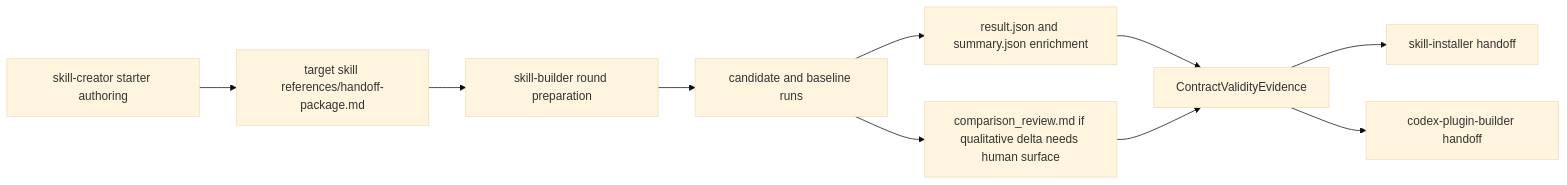
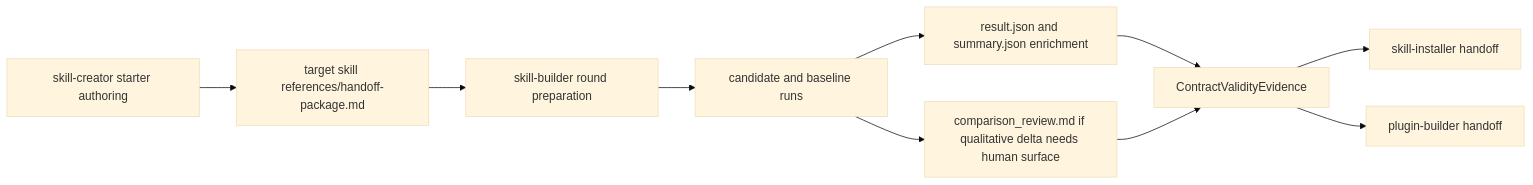
The diagram in docs/plans/2026-04-04-feat-skill-authoring-family-iteration-upgrade-plan.md (jscraik/Agent-Skills), drawn with Mermaid (base theme) before and after one commit. The commit also changed other lines of this file and 266 other files, not shown here.

````diff
--- a/docs/plans/2026-04-04-feat-skill-authoring-family-iteration-upgrade-plan.md
+++ b/docs/plans/2026-04-04-feat-skill-authoring-family-iteration-upgrade-plan.md
@@ -202,12 +202,12 @@
 ```mermaid
 flowchart LR
   A["skill-creator starter authoring"] --> B["target skill references/handoff-package.md"]
   B --> C["skill-builder round preparation"]
   C --> D["candidate and baseline runs"]
   D --> E["result.json and summary.json enrichment"]
   D --> F["comparison_review.md if qualitative delta needs human surface"]
   E --> G["ContractValidityEvidence"]
   F --> G
   G --> H["skill-installer handoff"]
-  G --> I["codex-plugin-builder handoff"]
+  G --> I["plugin-builder handoff"]
 ```
````
